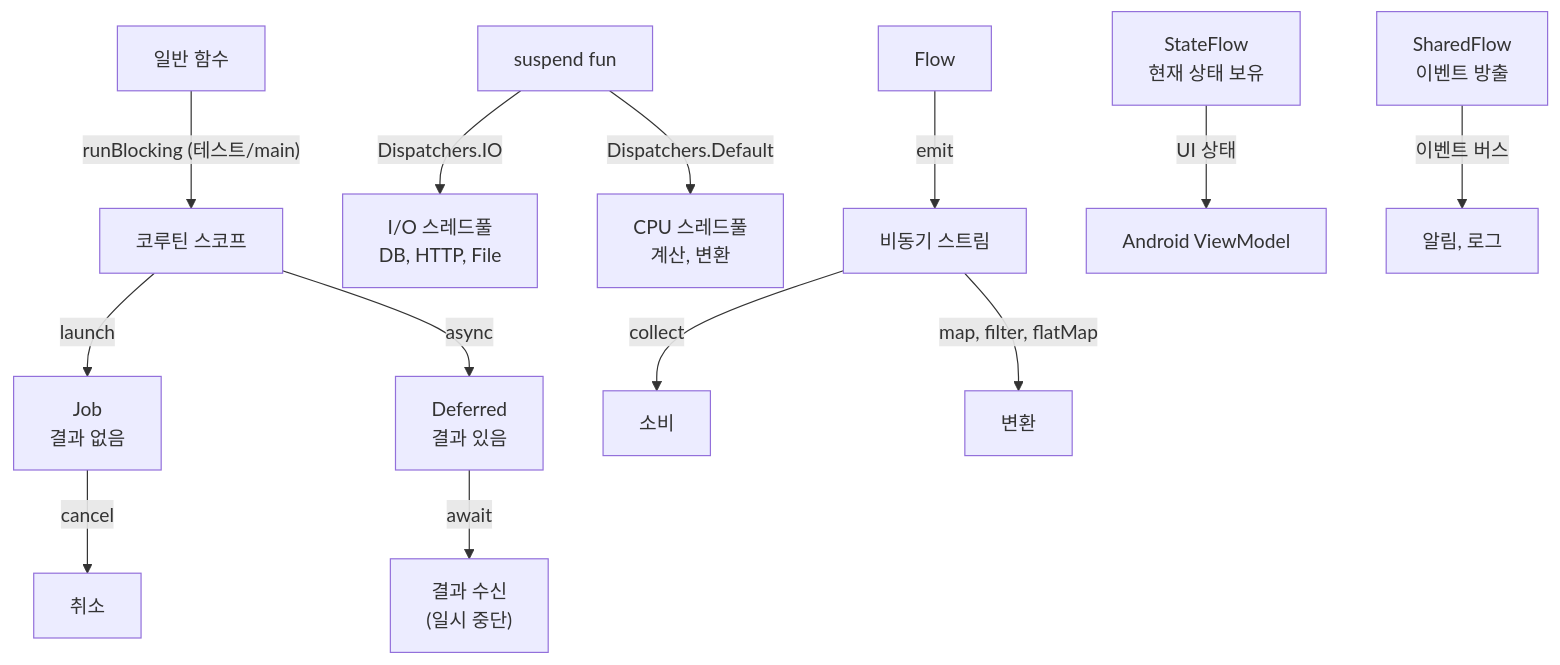
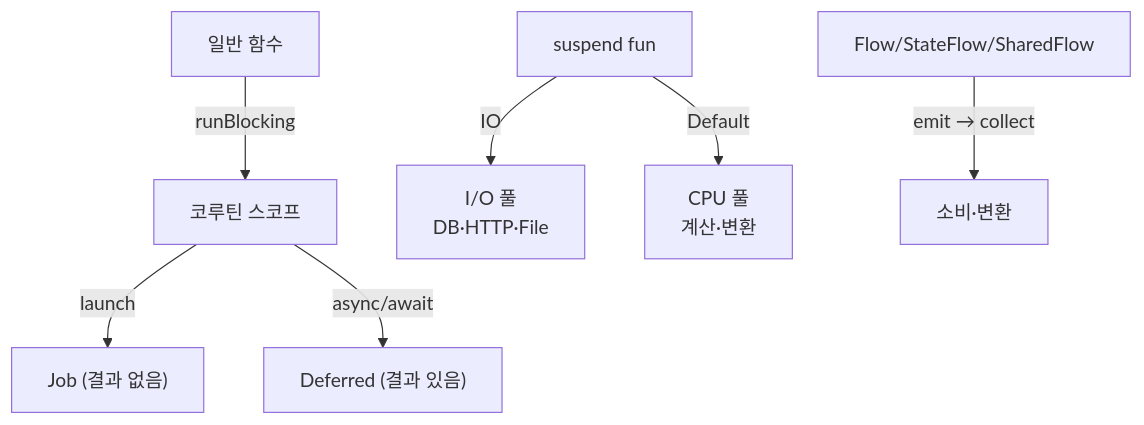
One commit to yjkim2015/yjkim2015.github.io changed the fourth of 4 diagrams in _posts/kotlin/2026-05-02-kotlin-coroutines.md. Above: the diagram before and after it, drawn with Mermaid. The commit also changed other lines of this file and 215 other files, not shown here.

First line of the commit message:
신규 포스트 10개 추가 + Mermaid 전면 축소 + SystemDesign 시리즈 보강

````diff
--- a/_posts/kotlin/2026-05-02-kotlin-coroutines.md
+++ b/_posts/kotlin/2026-05-02-kotlin-coroutines.md
@@ -546,20 +543,9 @@
 ```mermaid
 flowchart TD
-    Normal["일반 함수"] -->|"runBlocking (테스트/main)"| Scope["코루틴 스코프"]
-
-    Scope -->|launch| Job["Job\n결과 없음"]
-    Scope -->|async| Deferred["Deferred<T>\n결과 있음"]
-
-    Job -->|cancel| Cancel["취소"]
-    Deferred -->|await| Result["결과 수신\n(일시 중단)"]
-
-    SuspendFn["suspend fun"] -->|"Dispatchers.IO"| IOPool["I/O 스레드풀\nDB, HTTP, File"]
-    SuspendFn -->|"Dispatchers.Default"| CPUPool["CPU 스레드풀\n계산, 변환"]
-
-    Flow["Flow<T>"] -->|emit| Stream["비동기 스트림"]
-    Stream -->|collect| Consume["소비"]
-    Stream -->|"map, filter, flatMap"| Transform["변환"]
-
-    StateFlow["StateFlow\n현재 상태 보유"] -->|"UI 상태"| UIState["Android ViewModel"]
-    SharedFlow["SharedFlow\n이벤트 방출"] -->|"이벤트 버스"| Events["알림, 로그"]
+    Normal["일반 함수"] -->|runBlocking| Scope["코루틴 스코프"]
+    Scope -->|launch| Job["Job (결과 없음)"]
+    Scope -->|async/await| Deferred["Deferred (결과 있음)"]
+    SuspendFn["suspend fun"] -->|IO| IOPool["I/O 풀\nDB·HTTP·File"]
+    SuspendFn -->|Default| CPUPool["CPU 풀\n계산·변환"]
+    Flow["Flow/StateFlow/SharedFlow"] -->|"emit → collect"| Consume["소비·변환"]
 ```
````
